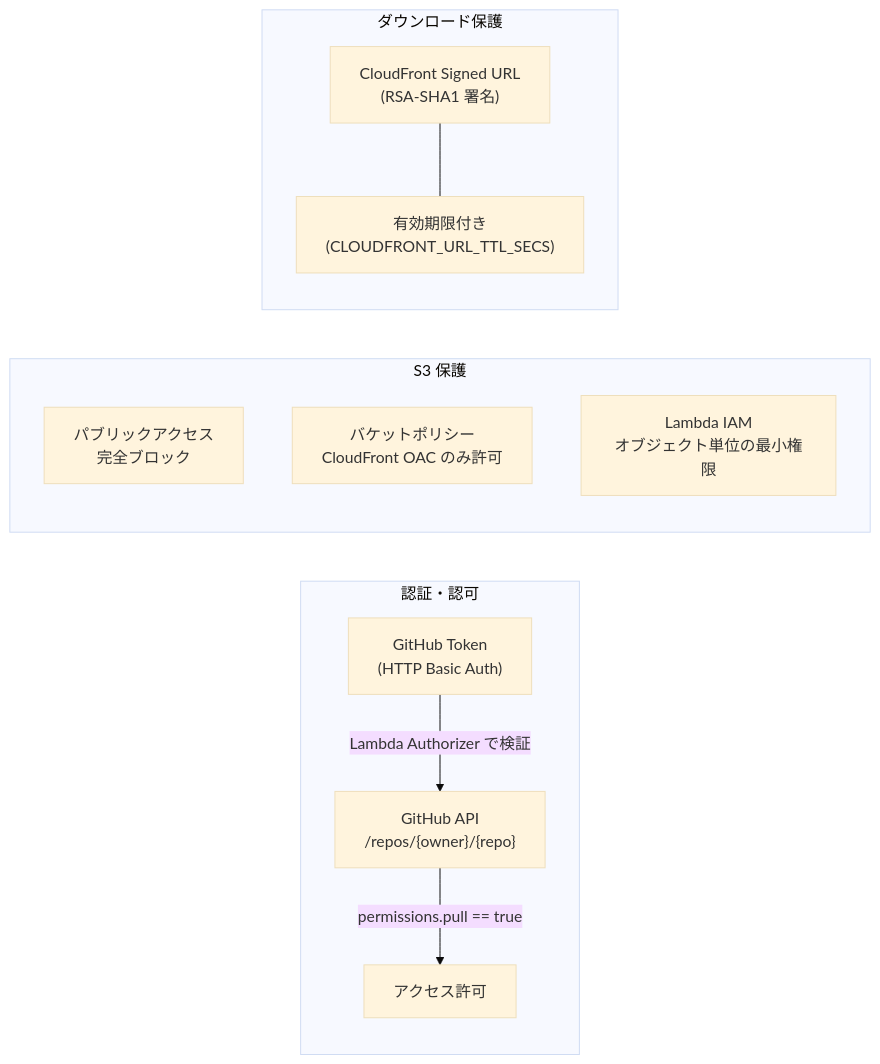
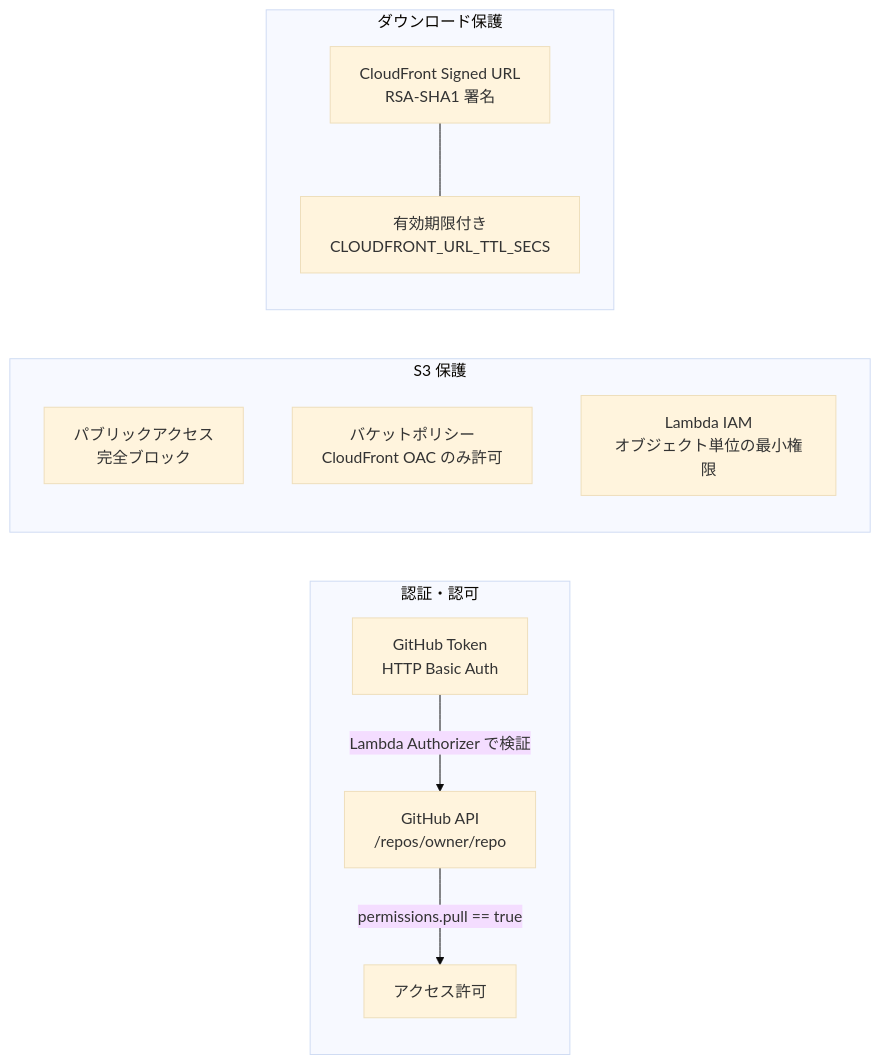
One commit to script202602/rust-aws-git-lfs changed the fourth of 4 diagrams in docs/design/aws-architecture.md. Above: the diagram before and after it, drawn with Mermaid (base theme). The commit also changed other lines of this file, not shown here.

First line of the commit message:
docs: Mermaidシンタックスエラーを修正

````diff
--- a/docs/design/aws-architecture.md
+++ b/docs/design/aws-architecture.md
@@ -161,19 +155,19 @@
 ```mermaid
 graph LR
-    subgraph "認証・認可"
-        A["GitHub Token\n(HTTP Basic Auth)"] -->|"Lambda Authorizer で検証"| B["GitHub API\n/repos/{owner}/{repo}"]
+    subgraph AUTHZ["認証・認可"]
+        A["GitHub Token<br/>HTTP Basic Auth"] -->|"Lambda Authorizer で検証"| B["GitHub API<br/>/repos/owner/repo"]
         B -->|"permissions.pull == true"| C["アクセス許可"]
     end
 
-    subgraph "S3 保護"
-        D["パブリックアクセス\n完全ブロック"] 
-        E["バケットポリシー\nCloudFront OAC のみ許可"]
-        F["Lambda IAM\nオブジェクト単位の最小権限"]
+    subgraph S3SEC["S3 保護"]
+        D["パブリックアクセス<br/>完全ブロック"]
+        E["バケットポリシー<br/>CloudFront OAC のみ許可"]
+        F["Lambda IAM<br/>オブジェクト単位の最小権限"]
     end
 
-    subgraph "ダウンロード保護"
-        G["CloudFront Signed URL\n(RSA-SHA1 署名)"]
-        H["有効期限付き\n(CLOUDFRONT_URL_TTL_SECS)"]
+    subgraph DLSEC["ダウンロード保護"]
+        G["CloudFront Signed URL<br/>RSA-SHA1 署名"]
+        H["有効期限付き<br/>CLOUDFRONT_URL_TTL_SECS"]
         G --- H
     end
 ```
````
